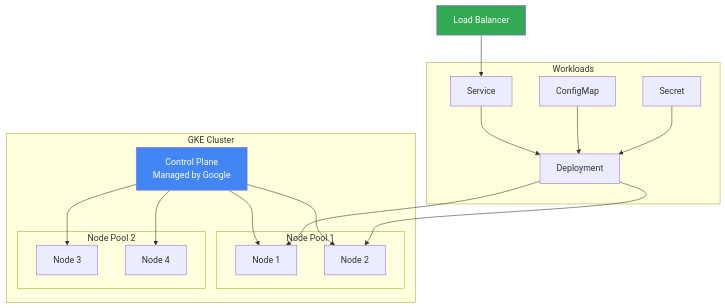
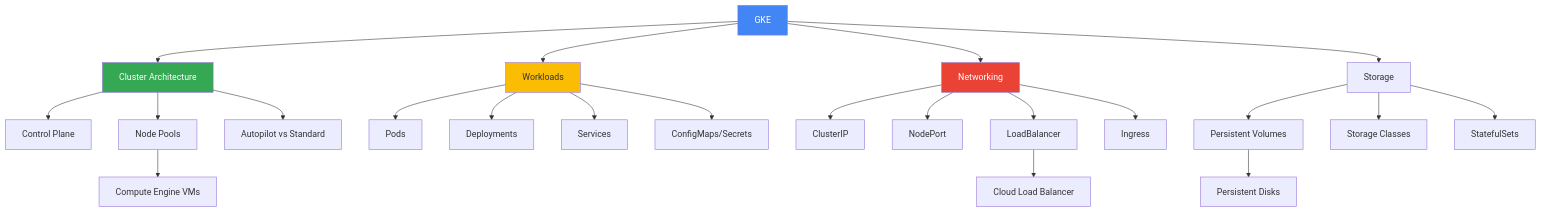
One commit to viacheslavprokosa/gcp-associate-cloud-engineer-ua changed the diagram in 04-kubernetes-engine/README.md. Above: the diagram before and after it, drawn with Mermaid. The commit also changed other lines of this file, not shown here.

````diff
--- a/04-kubernetes-engine/README.md
+++ b/04-kubernetes-engine/README.md
@@ -29,39 +47,34 @@
 ```mermaid
 graph TB
-    subgraph "GKE Cluster"
-        CP[Control Plane<br/>Managed by Google]
-        
-        subgraph "Node Pool 1"
-            N1[Node 1]
-            N2[Node 2]
-        end
-        
-        subgraph "Node Pool 2"
-            N3[Node 3]
-            N4[Node 4]
-        end
-        
-        CP --> N1
-        CP --> N2
-        CP --> N3
-        CP --> N4
-    end
+    A[GKE] --> B[Cluster Architecture]
+    A --> C[Workloads]
+    A --> D[Networking]
+    A --> E[Storage]
     
-    subgraph "Workloads"
-        D[Deployment]
-        S[Service]
-        CM[ConfigMap]
-        SEC[Secret]
-    end
+    B --> B1[Control Plane]
+    B --> B2[Node Pools]
+    B --> B3[Autopilot vs Standard]
     
-    D --> N1
-    D --> N2
-    S --> D
-    CM --> D
-    SEC --> D
+    C --> C1[Pods]
+    C --> C2[Deployments]
+    C --> C3[Services]
+    C --> C4[ConfigMaps/Secrets]
     
-    LB[Load Balancer] --> S
+    D --> D1[ClusterIP]
+    D --> D2[NodePort]
+    D --> D3[LoadBalancer]
+    D --> D4[Ingress]
     
-    style CP fill:#4285f4,color:#fff
-    style LB fill:#34a853,color:#fff
+    E --> E1[Persistent Volumes]
+    E --> E2[Storage Classes]
+    E --> E3[StatefulSets]
+    
+    B2 --> F[Compute Engine VMs]
+    D3 --> G[Cloud Load Balancer]
+    E1 --> H[Persistent Disks]
+    
+    style A fill:#4285f4,color:#fff
+    style B fill:#34a853,color:#fff
+    style C fill:#fbbc04
+    style D fill:#ea4335,color:#fff
 ```
````
